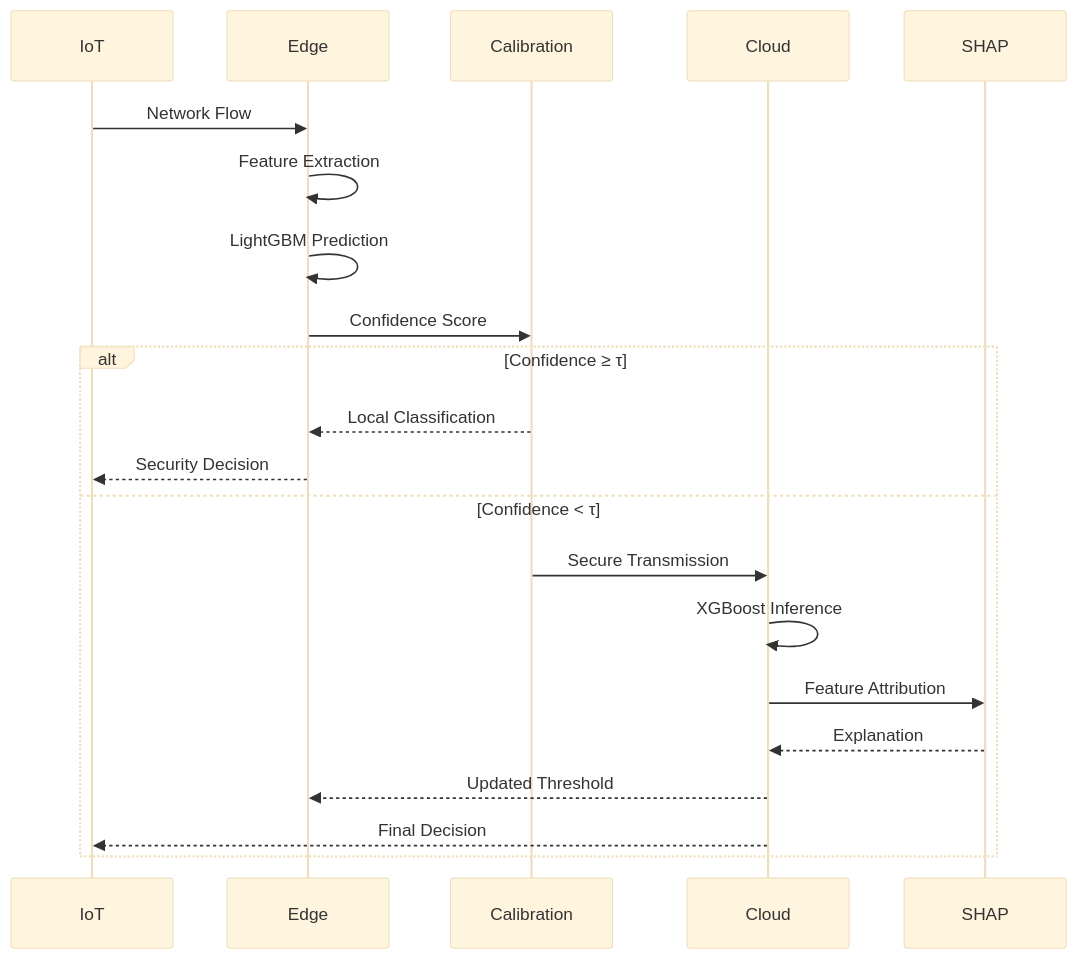
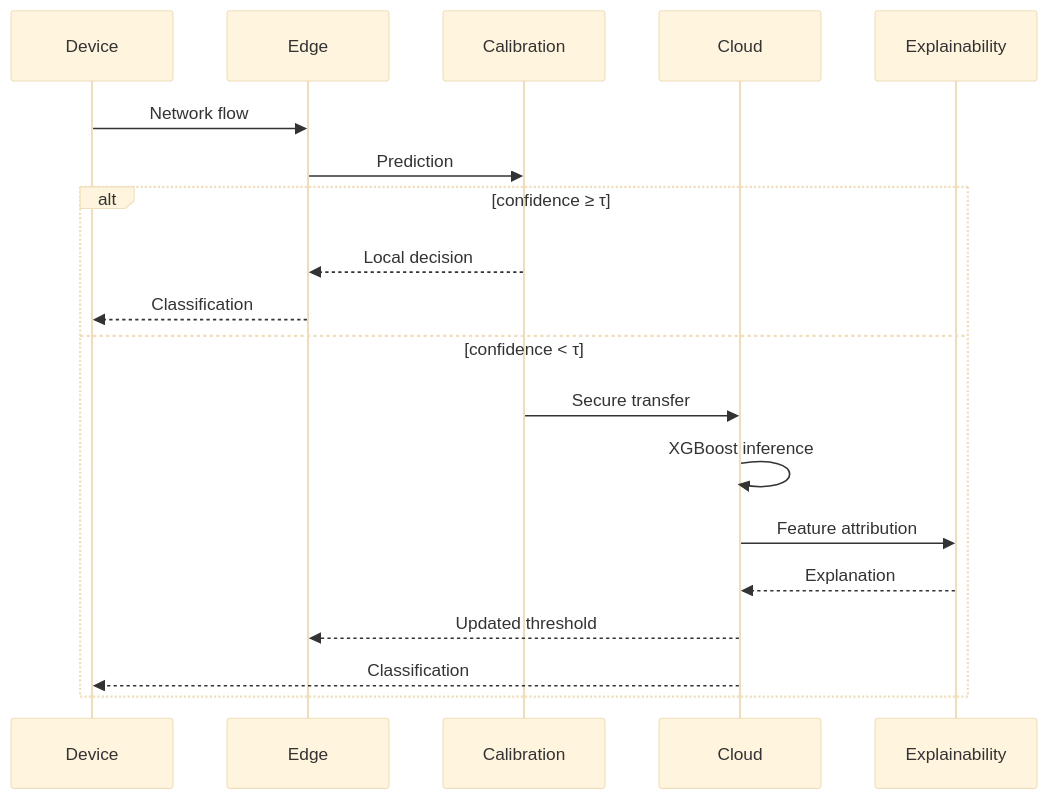
Before and after one commit to AtharvaVavhal/aecids: the fourth of 6 diagrams in README.md, drawn with Mermaid (base theme). The commit also changed other lines of this file, not shown here.

````diff
--- a/README.md
+++ b/README.md
@@ -1072,43 +246,22 @@
 ```mermaid
 sequenceDiagram
+    participant Device
+    participant Edge
+    participant Calibration
+    participant Cloud
+    participant SHAP as Explainability
 
-participant IoT
-
-participant Edge
-
-participant Calibration
-
-participant Cloud
-
-participant SHAP
-
-IoT->>Edge: Network Flow
-
-Edge->>Edge: Feature Extraction
-
-Edge->>Edge: LightGBM Prediction
-
-Edge->>Calibration: Confidence Score
-
-alt Confidence ≥ τ
-
-Calibration-->>Edge: Local Classification
-
-Edge-->>IoT: Security Decision
-
-else Confidence < τ
-
-Calibration->>Cloud: Secure Transmission
-
-Cloud->>Cloud: XGBoost Inference
-
-Cloud->>SHAP: Feature Attribution
-
-SHAP-->>Cloud: Explanation
-
-Cloud-->>Edge: Updated Threshold
-
-Cloud-->>IoT: Final Decision
-
-end
+    Device->>Edge: Network flow
+    Edge->>Calibration: Prediction
+    alt confidence ≥ τ
+        Calibration-->>Edge: Local decision
+        Edge-->>Device: Classification
+    else confidence < τ
+        Calibration->>Cloud: Secure transfer
+        Cloud->>Cloud: XGBoost inference
+        Cloud->>SHAP: Feature attribution
+        SHAP-->>Cloud: Explanation
+        Cloud-->>Edge: Updated threshold
+        Cloud-->>Device: Classification
+    end
 ```
````
